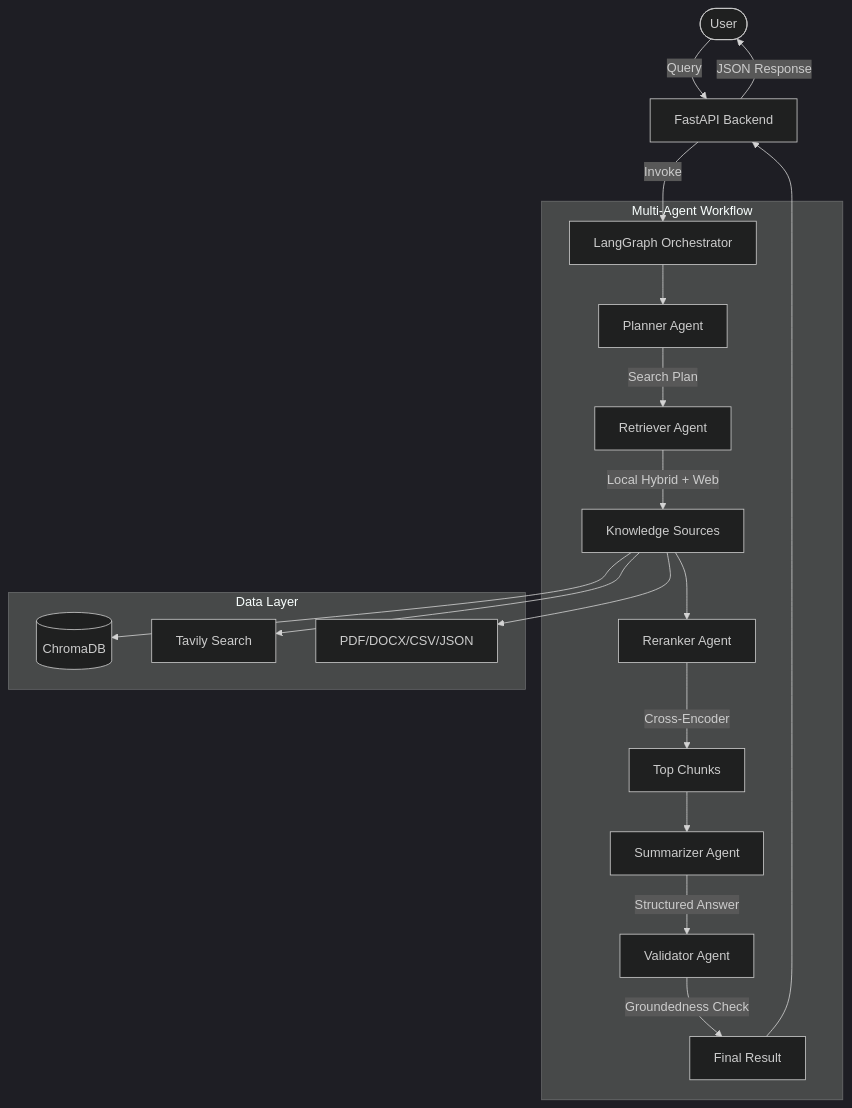
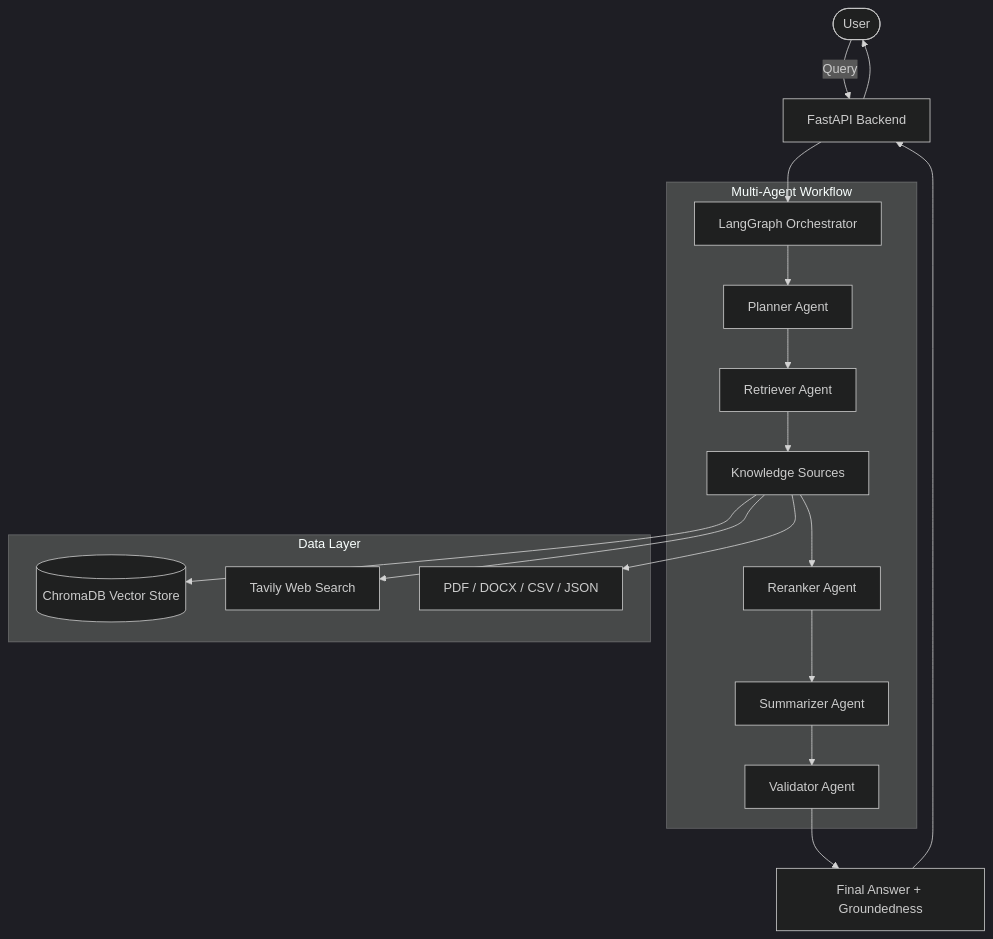
One commit to akarshitawasthi07/meka-multi-agent-rag changed the diagram in README.md. Above: the diagram before and after it, drawn with Mermaid (dark theme). The commit also changed other lines of this file and 4 other files, not shown here.

````diff
--- a/README.md
+++ b/README.md
@@ -7,25 +9,24 @@
 ```mermaid
 graph TD
     User([User]) -->|Query| API[FastAPI Backend]
-    API -->|Invoke| Orchestrator[LangGraph Orchestrator]
-    
+    API --> Orchestrator[LangGraph Orchestrator]
+
     subgraph Multi-Agent Workflow
         Orchestrator --> Planner[Planner Agent]
-        Planner -->|Search Plan| Retriever[Retriever Agent]
-        Retriever -->|Local Hybrid + Web| DataSources[Knowledge Sources]
-        DataSources --> Reranker[Reranker Agent]
-        Reranker -->|Cross-Encoder| TopChunks[Top Chunks]
-        TopChunks --> Summarizer[Summarizer Agent]
-        Summarizer -->|Structured Answer| Validator[Validator Agent]
-        Validator -->|Groundedness Check| FinalResult[Final Result]
+        Planner --> Retriever[Retriever Agent]
+        Retriever --> Sources[Knowledge Sources]
+        Sources --> Reranker[Reranker Agent]
+        Reranker --> Summarizer[Summarizer Agent]
+        Summarizer --> Validator[Validator Agent]
     end
-    
+
     subgraph Data Layer
-        DataSources --> ChromaDB[(ChromaDB)]
-        DataSources --> Web[Tavily Search]
-        DataSources --> LocalFiles[PDF/DOCX/CSV/JSON]
+        Sources --> ChromaDB[(ChromaDB Vector Store)]
+        Sources --> Web[Tavily Web Search]
+        Sources --> LocalFiles[PDF / DOCX / CSV / JSON]
     end
-    
+
+    Validator --> FinalResult[Final Answer + Groundedness]
     FinalResult --> API
-    API -->|JSON Response| User
+    API --> User
 ```
````
